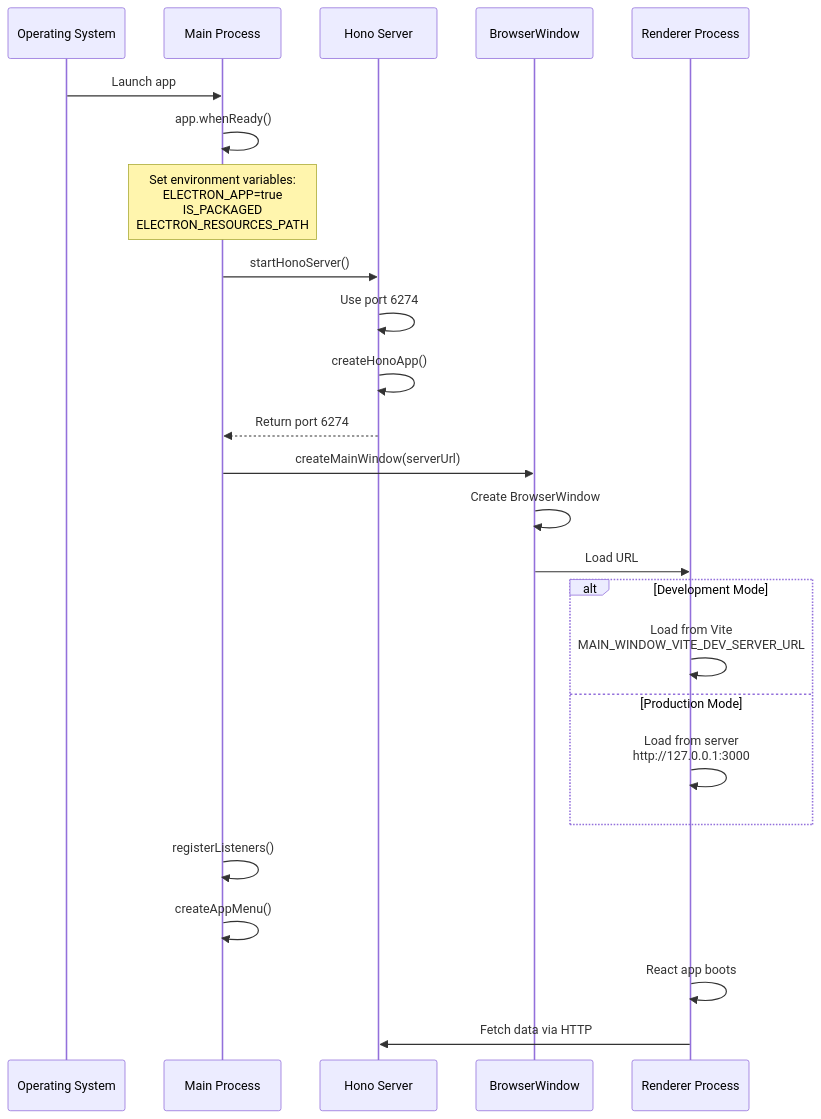
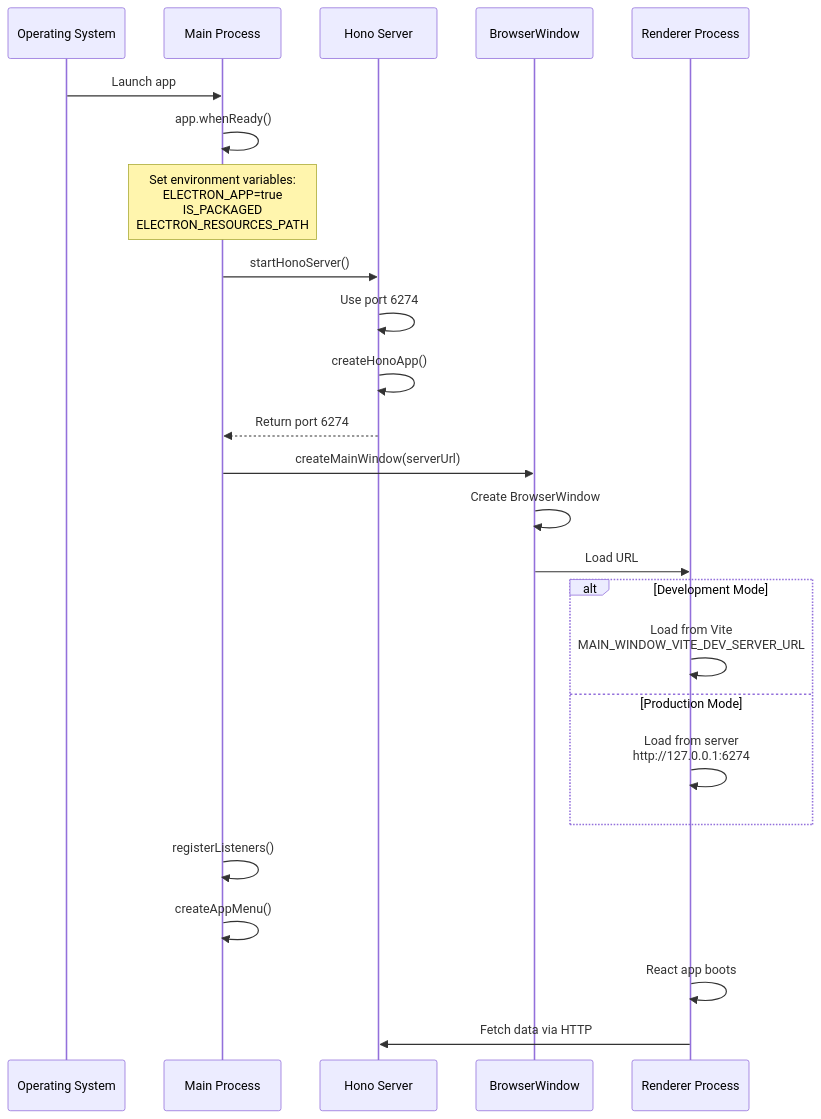
One commit to MCPJam/inspector changed the sixth of 17 diagrams in docs/contributing/system-architecture.mdx. Above: the diagram before and after it, drawn with Mermaid.

````diff
--- a/docs/contributing/system-architecture.mdx
+++ b/docs/contributing/system-architecture.mdx
@@ -344,34 +344,34 @@
 ```mermaid
 sequenceDiagram
     participant OS as Operating System
     participant Main as Main Process
     participant Server as Hono Server
     participant Window as BrowserWindow
     participant Renderer as Renderer Process
 
     OS->>Main: Launch app
     Main->>Main: app.whenReady()
 
     Note over Main: Set environment variables:<br/>ELECTRON_APP=true<br/>IS_PACKAGED<br/>ELECTRON_RESOURCES_PATH
 
     Main->>Server: startHonoServer()
     Server->>Server: Use port 6274
     Server->>Server: createHonoApp()
     Server-->>Main: Return port 6274
 
     Main->>Window: createMainWindow(serverUrl)
     Window->>Window: Create BrowserWindow
     Window->>Renderer: Load URL
 
     alt Development Mode
         Renderer->>Renderer: Load from Vite<br/>MAIN_WINDOW_VITE_DEV_SERVER_URL
     else Production Mode
-        Renderer->>Renderer: Load from server<br/>http://127.0.0.1:3000
+        Renderer->>Renderer: Load from server<br/>http://127.0.0.1:6274
     end
 
     Main->>Main: registerListeners()
     Main->>Main: createAppMenu()
 
     Renderer->>Renderer: React app boots
     Renderer->>Server: Fetch data via HTTP
 ```
````
